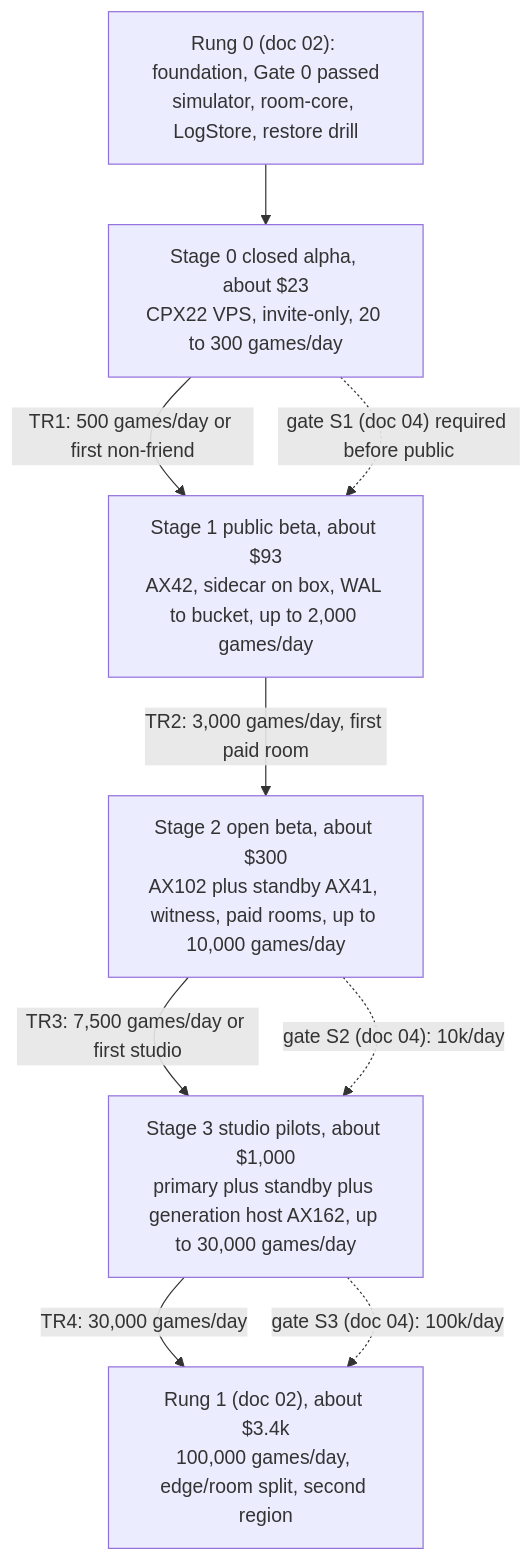
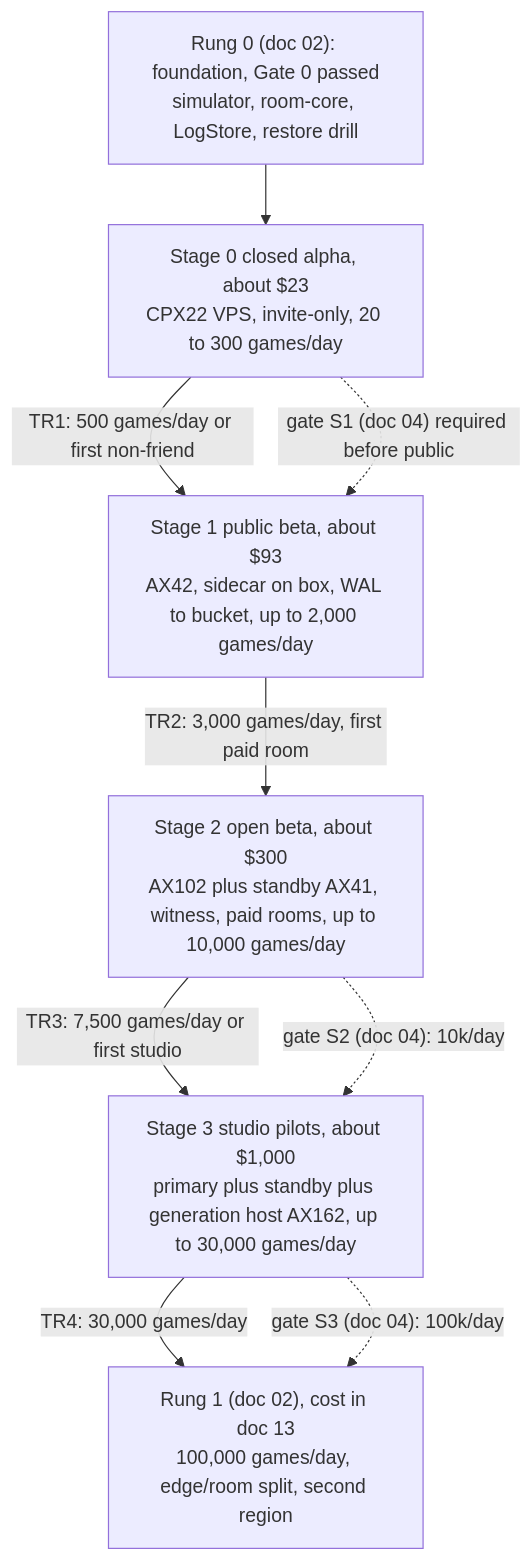
One commit to Rasbandit/constellation changed the second of 2 diagrams in docs/design/12-start-small-ladder.md. Above: the diagram before and after it, drawn with Mermaid. The commit also changed other lines of this file and 10 other files, not shown here.

````diff
--- a/docs/design/12-start-small-ladder.md
+++ b/docs/design/12-start-small-ladder.md
@@ -422,16 +422,16 @@
 ```mermaid
 flowchart TD
   F["Rung 0 (doc 02): foundation, Gate 0 passed<br/>simulator, room-core, LogStore, restore drill"] --> ST0
   ST0["Stage 0 closed alpha, about $23<br/>CPX22 VPS, invite-only, 20 to 300 games/day"]
   ST1["Stage 1 public beta, about $93<br/>AX42, sidecar on box, WAL to bucket, up to 2,000 games/day"]
   ST2["Stage 2 open beta, about $300<br/>AX102 plus standby AX41, witness, paid rooms, up to 10,000 games/day"]
   ST3["Stage 3 studio pilots, about $1,000<br/>primary plus standby plus generation host AX162, up to 30,000 games/day"]
-  R1["Rung 1 (doc 02), about $3.4k<br/>100,000 games/day, edge/room split, second region"]
+  R1["Rung 1 (doc 02), cost in doc 13<br/>100,000 games/day, edge/room split, second region"]
   ST0 -->|"TR1: 500 games/day or first non-friend"| ST1
   ST1 -->|"TR2: 3,000 games/day, first paid room"| ST2
   ST2 -->|"TR3: 7,500 games/day or first studio"| ST3
   ST3 -->|"TR4: 30,000 games/day"| R1
   ST0 -.->|"gate S1 (doc 04) required before public"| ST1
   ST2 -.->|"gate S2 (doc 04): 10k/day"| ST3
   ST3 -.->|"gate S3 (doc 04): 100k/day"| R1
 ```
````
